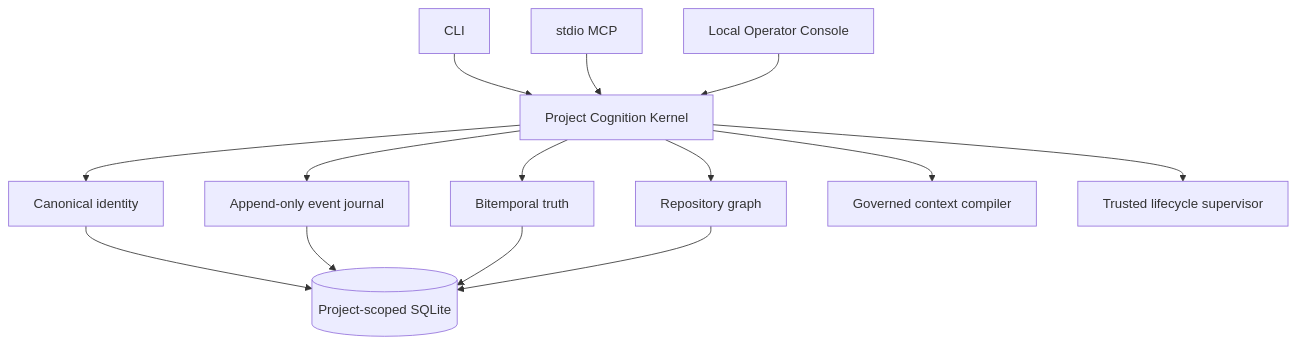
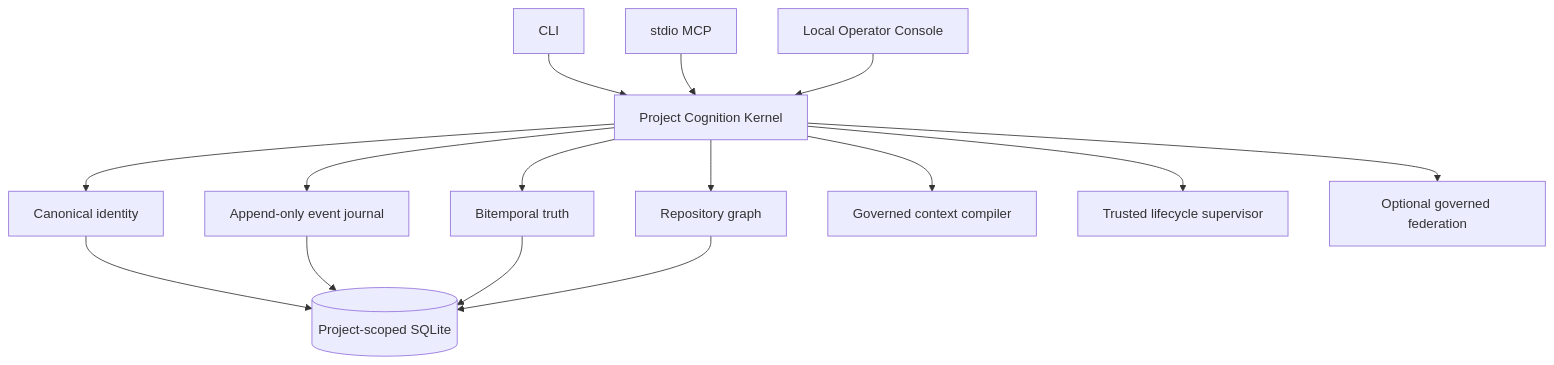
The sixth of 6 diagrams in README.md (sulabhdubey/rta-smriti-brain), drawn with Mermaid before and after one commit. The commit also changed other lines of this file and 100 other files, not shown here.

First line of the commit message:
feat: add governed federation (#44)

````diff
--- a/README.md
+++ b/README.md
@@ -195,16 +217,17 @@
 ```mermaid
 flowchart TB
     CLI[CLI] --> K[Project Cognition Kernel]
     MCP[stdio MCP] --> K
     UI[Local Operator Console] --> K
     K --> ID[Canonical identity]
     K --> EV[Append-only event journal]
     K --> BT[Bitemporal truth]
     K --> RG[Repository graph]
     K --> CP[Governed context compiler]
     K --> LS[Trusted lifecycle supervisor]
+    K --> GF[Optional governed federation]
     ID --> DB[(Project-scoped SQLite)]
     EV --> DB
     BT --> DB
     RG --> DB
 ```
````
